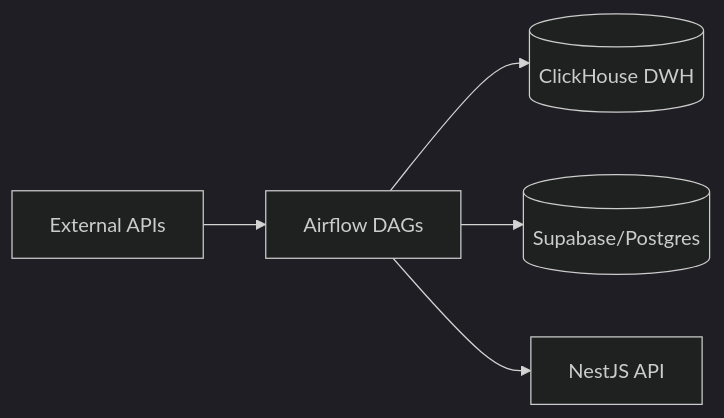
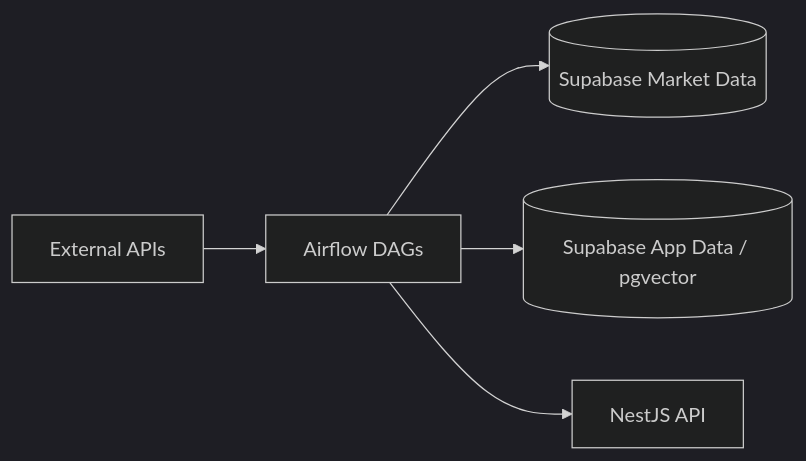
The diagram in README.md (portfolios-tracker/data-pipeline), drawn with Mermaid (dark theme) before and after one commit. The commit also changed other lines of this file and 2 other files, not shown here.

Commit message:
docs(plan): omit Clickhouse, using Supabase for avoid cost overhead

````diff
--- a/README.md
+++ b/README.md
@@ -17,7 +17,7 @@
 ```mermaid
 graph LR
     A[External APIs] --> B[Airflow DAGs]
-    B --> C[(ClickHouse DWH)]
-    B --> D[(Supabase/Postgres)]
-    B --> E[NestJS API]
+   B --> C[(Supabase Market Data)]
+   B --> D[(Supabase App Data / pgvector)]
+   B --> E[NestJS API]
 ```
````
